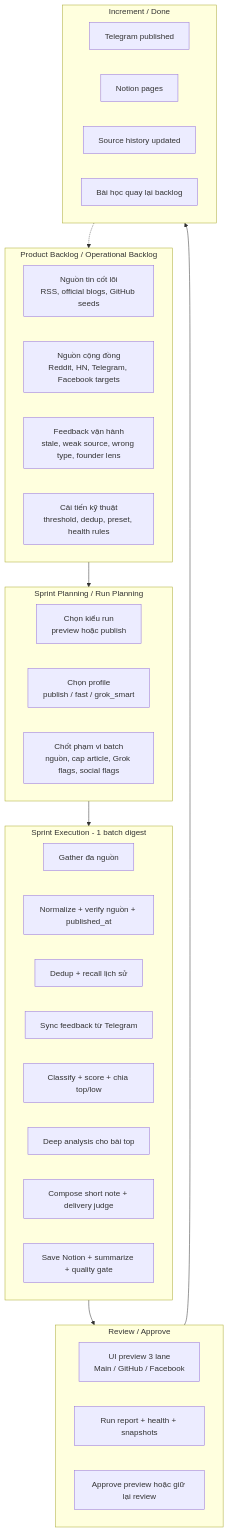
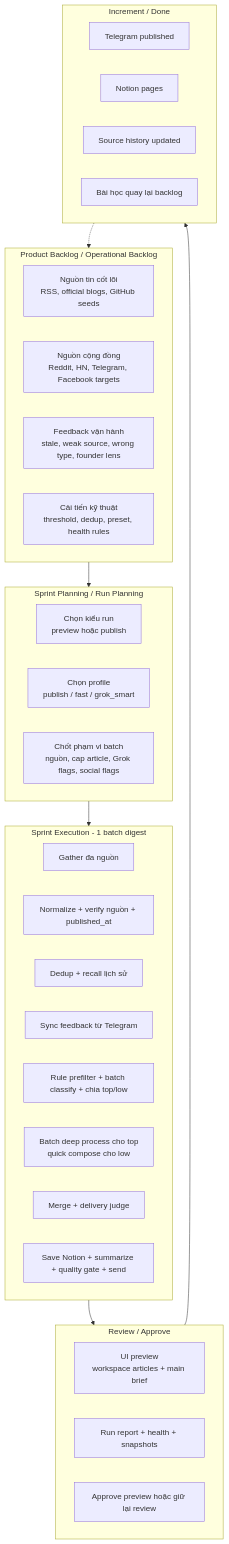
The diagram in docs/digest_scrum_process.md (nguyencongtuyenlp/AI-Digest-v2), drawn with Mermaid before and after one commit. The commit also changed other lines of this file and 115 other files, not shown here.

````diff
--- a/docs/digest_scrum_process.md
+++ b/docs/digest_scrum_process.md
@@ -70,45 +71,45 @@
 ```mermaid
 flowchart TB
   subgraph Backlog["Product Backlog / Operational Backlog"]
     B1["Nguồn tin cốt lõi\nRSS, official blogs, GitHub seeds"]
     B2["Nguồn cộng đồng\nReddit, HN, Telegram, Facebook targets"]
     B3["Feedback vận hành\nstale, weak source, wrong type, founder lens"]
     B4["Cải tiến kỹ thuật\nthreshold, dedup, preset, health rules"]
   end
 
   subgraph Planning["Sprint Planning / Run Planning"]
     P1["Chọn kiểu run\npreview hoặc publish"]
     P2["Chọn profile\npublish / fast / grok_smart"]
     P3["Chốt phạm vi batch\nnguồn, cap article, Grok flags, social flags"]
   end
 
   subgraph Execution["Sprint Execution - 1 batch digest"]
     E1["Gather đa nguồn"]
     E2["Normalize + verify nguồn + published_at"]
     E3["Dedup + recall lịch sử"]
     E4["Sync feedback từ Telegram"]
-    E5["Classify + score + chia top/low"]
-    E6["Deep analysis cho bài top"]
-    E7["Compose short note + delivery judge"]
-    E8["Save Notion + summarize + quality gate"]
+    E5["Rule prefilter + batch classify + chia top/low"]
+    E6["Batch deep process cho top<br/>quick compose cho low"]
+    E7["Merge + delivery judge"]
+    E8["Save Notion + summarize + quality gate + send"]
   end
 
   subgraph Review["Review / Approve"]
-    R1["UI preview 3 lane\nMain / GitHub / Facebook"]
+    R1["UI preview\nworkspace articles + main brief"]
     R2["Run report + health + snapshots"]
     R3["Approve preview hoặc giữ lại review"]
   end
 
   subgraph Done["Increment / Done"]
     D1["Telegram published"]
     D2["Notion pages"]
     D3["Source history updated"]
     D4["Bài học quay lại backlog"]
   end
 
   Backlog --> Planning
   Planning --> Execution
   Execution --> Review
   Review --> Done
   Done -.-> Backlog
 ```
````
